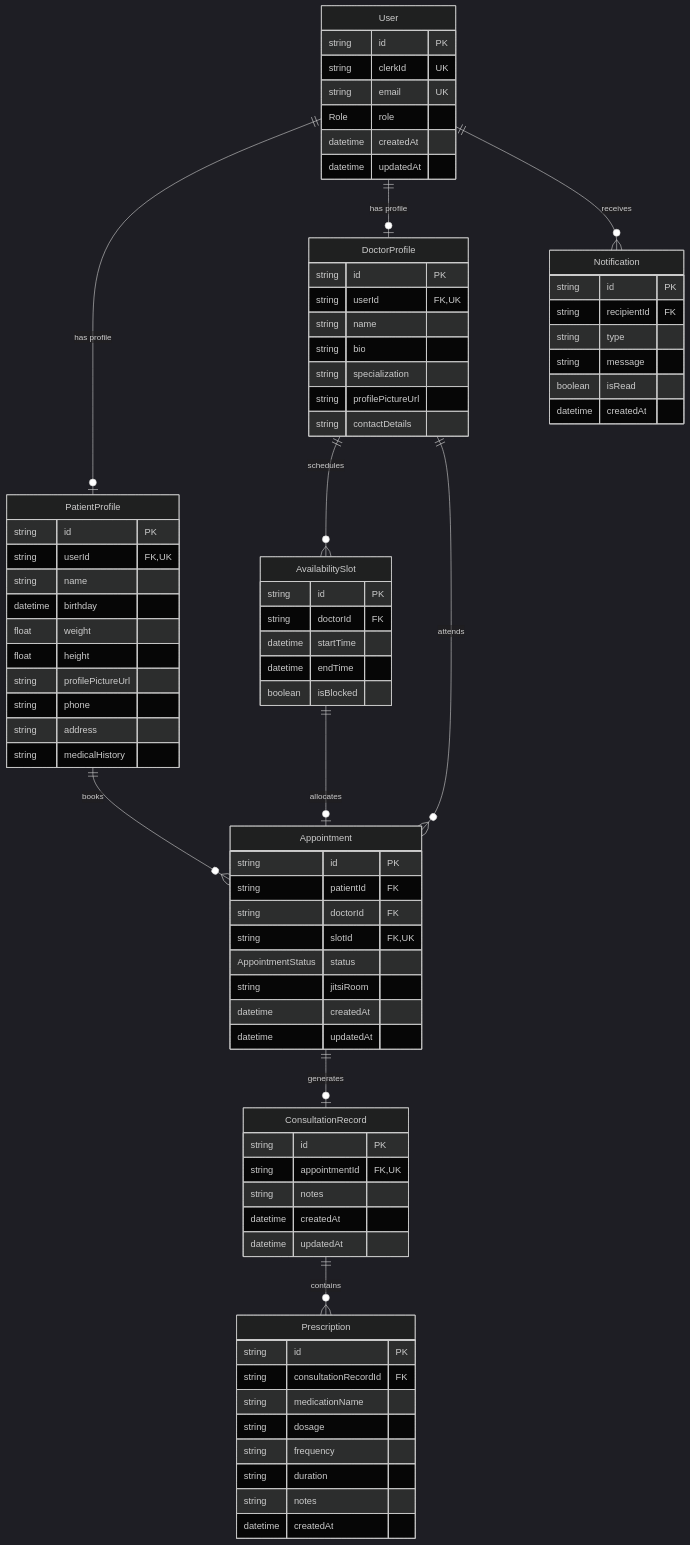
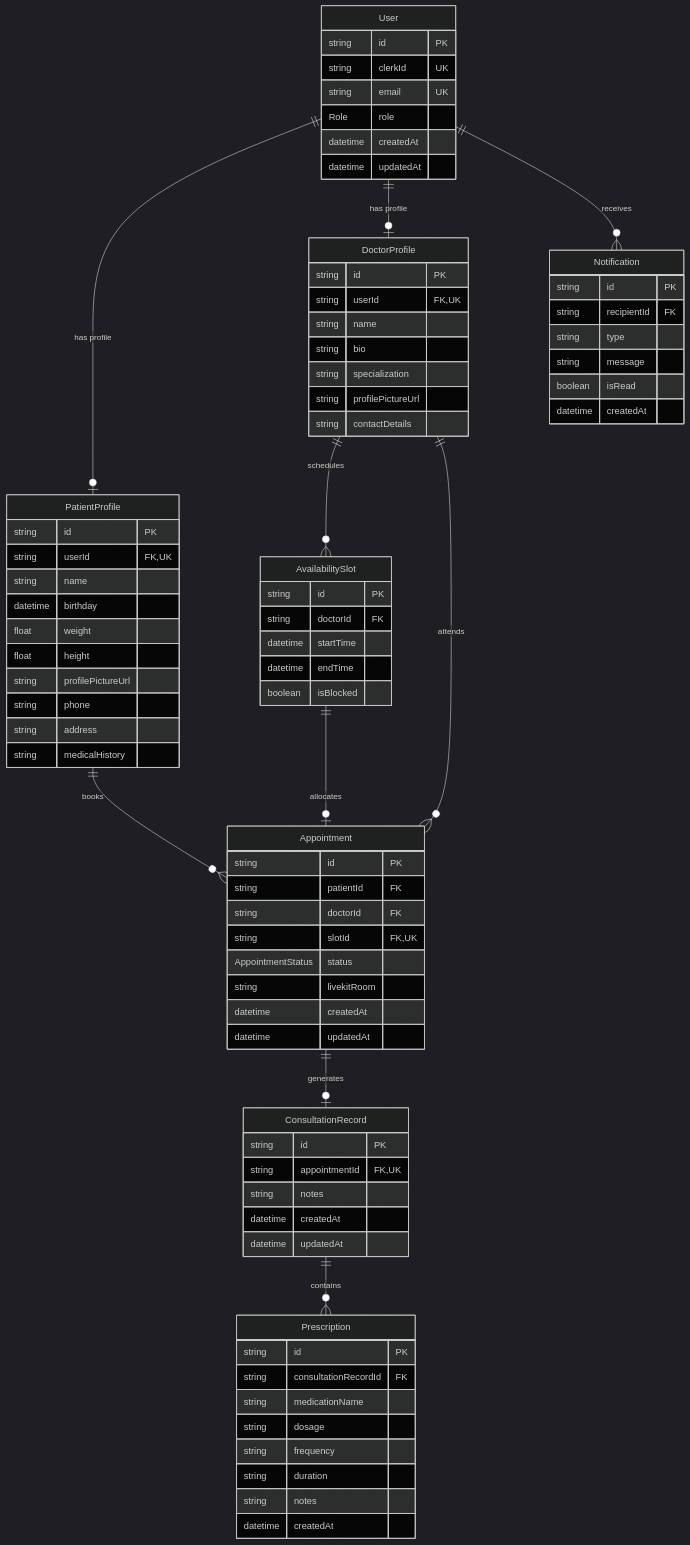
The diagram in doc/data-model.md (Benny-Gil/LunaSol), drawn with Mermaid (dark theme) before and after one commit. The commit also changed other lines of this file and 5 other files, not shown here.

First line of the commit message:
docs: add roadmap and update Jitsi → LiveKit references throughout

```diff
--- a/doc/data-model.md
+++ b/doc/data-model.md
@@ -65,7 +65,7 @@
         string doctorId FK
         string slotId FK, UK
         AppointmentStatus status
-        string jitsiRoom
+        string livekitRoom
         datetime createdAt
         datetime updatedAt
     }
```
